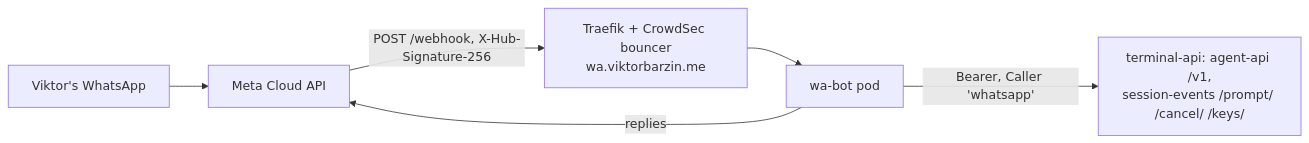
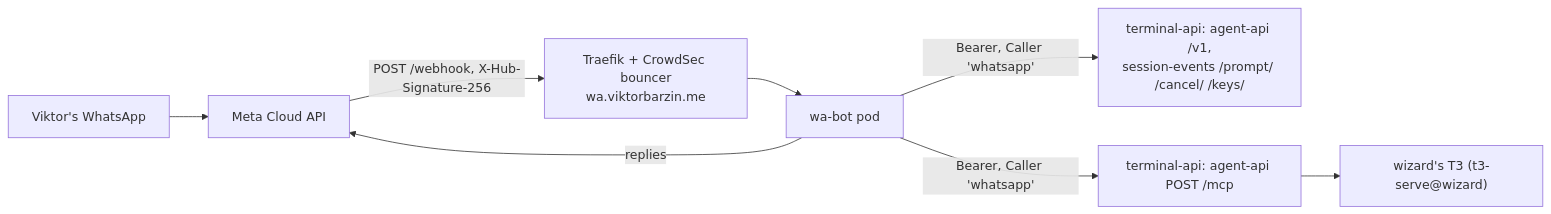
Before and after one commit to ViktorBarzin/infra: the diagram in docs/runbooks/wa-bot.md, drawn with Mermaid. The commit also changed other lines of this file, not shown here.

First line of the commit message:
docs(wa-bot): describe the T3 path through agent-api /mcp

````diff
--- a/docs/runbooks/wa-bot.md
+++ b/docs/runbooks/wa-bot.md
@@ -15,8 +20,10 @@
 ```mermaid
 flowchart LR
   P["Viktor's WhatsApp"] --> M["Meta Cloud API"]
   M -->|"POST /webhook, X-Hub-Signature-256"| T["Traefik + CrowdSec bouncer<br/>wa.viktorbarzin.me"]
   T --> B["wa-bot pod"]
   B -->|"Bearer, Caller 'whatsapp'"| A["terminal-api: agent-api /v1,<br/>session-events /prompt/ /cancel/ /keys/"]
+  B -->|"Bearer, Caller 'whatsapp'"| C["terminal-api: agent-api POST /mcp"]
+  C --> D["wizard's T3 (t3-serve@wizard)"]
   B -->|"replies"| M
 ```
````
